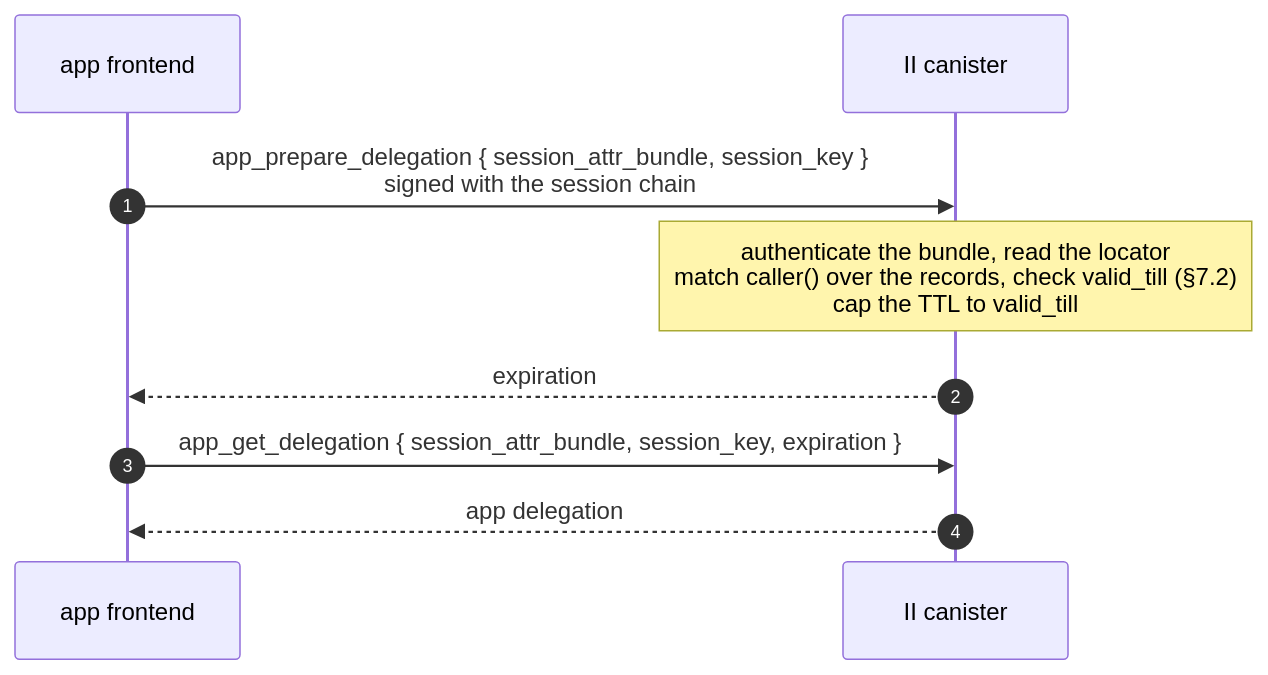
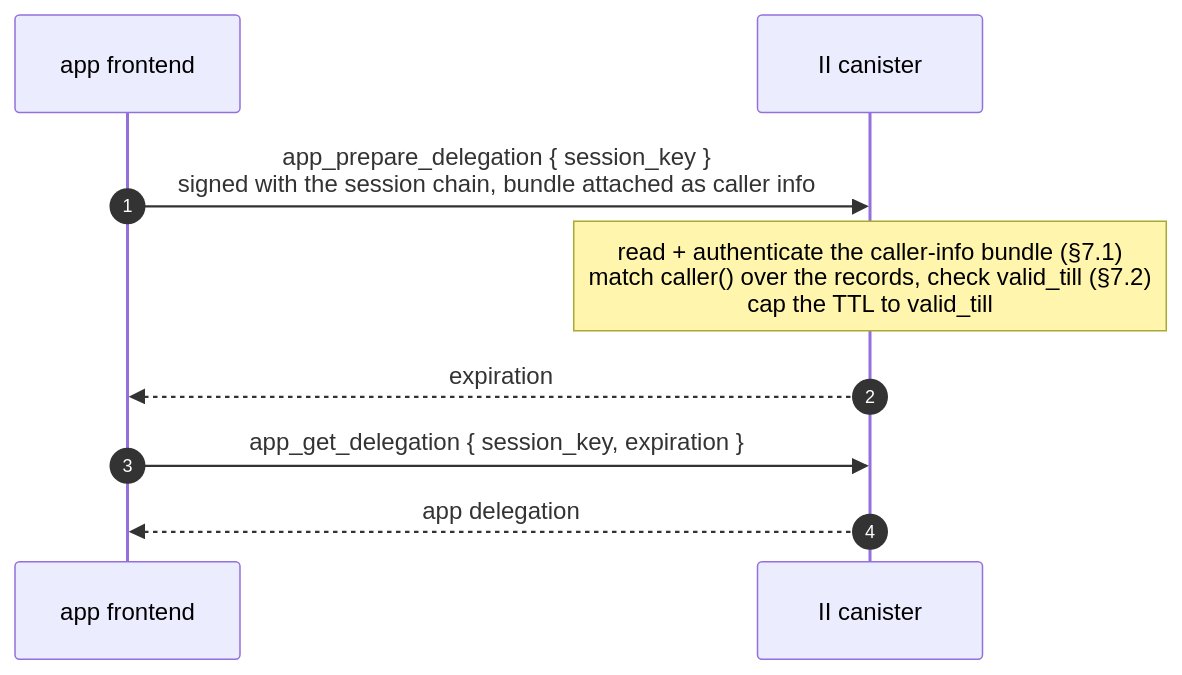
Before and after one commit to dfinity/internet-identity: the fifth of 7 diagrams in docs/ongoing/revocable-app-sessions.md, drawn with Mermaid. The commit also changed other lines of this file, not shown here.

First line of the commit message:
docs: the locator rides as caller info, not as an argument

````diff
--- a/docs/ongoing/revocable-app-sessions.md
+++ b/docs/ongoing/revocable-app-sessions.md
@@ -324,11 +327,11 @@
 ```mermaid
 sequenceDiagram
     autonumber
     participant App as app frontend
     participant IIC as II canister
-    App->>IIC: app_prepare_delegation { session_attr_bundle, session_key }<br/>signed with the session chain
-    Note over IIC: authenticate the bundle, read the locator<br/>match caller() over the records, check valid_till (§7.2)<br/>cap the TTL to valid_till
+    App->>IIC: app_prepare_delegation { session_key }<br/>signed with the session chain, bundle attached as caller info
+    Note over IIC: read + authenticate the caller-info bundle (§7.1)<br/>match caller() over the records, check valid_till (§7.2)<br/>cap the TTL to valid_till
     IIC-->>App: expiration
-    App->>IIC: app_get_delegation { session_attr_bundle, session_key, expiration }
+    App->>IIC: app_get_delegation { session_key, expiration }
     IIC-->>App: app delegation
 ```
````
